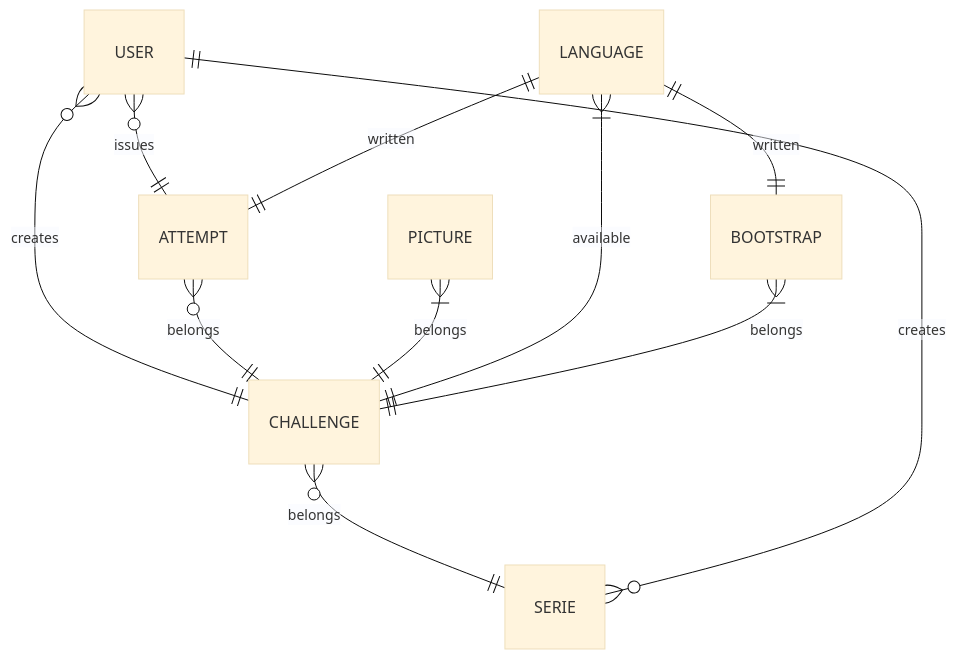
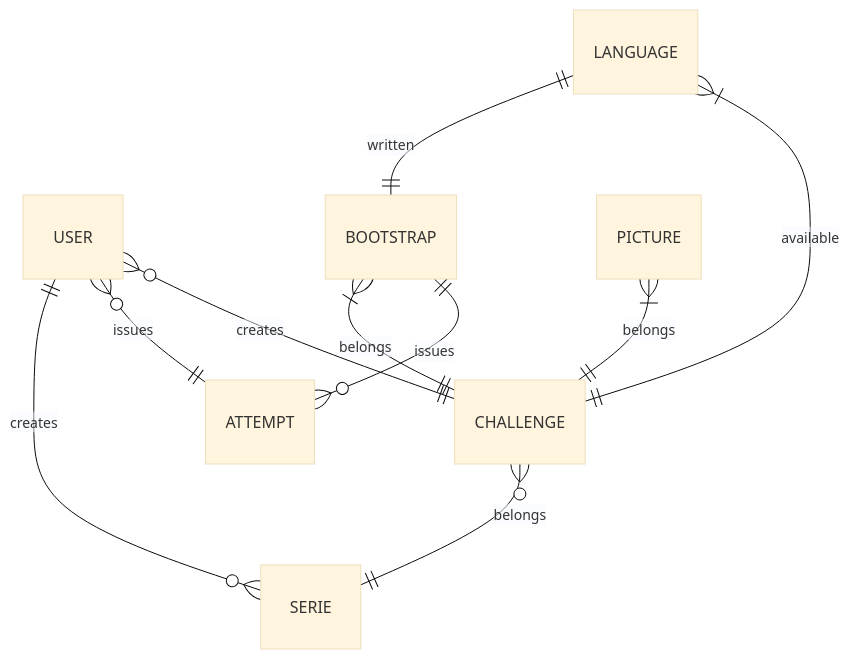
The diagram in README.md (pattern-finder/api), drawn with Mermaid (base theme) before and after one commit. The commit also changed 9 other files, not shown here.

````diff
--- a/README.md
+++ b/README.md
@@ -57,13 +57,12 @@
 ```mermaid
 erDiagram
     USER }o--||CHALLENGE : creates
     USER }o--|| ATTEMPT : issues
-    ATTEMPT }o--|| CHALLENGE : belongs
+    BOOTSTRAP ||--o{ ATTEMPT : issues
     SERIE }o--|| USER : creates
     CHALLENGE }o--|| SERIE : belongs
     PICTURE }|--|| CHALLENGE : belongs
-    LANGUAGE ||--|| ATTEMPT : written
     LANGUAGE }|--|| CHALLENGE : available
     LANGUAGE ||--|| BOOTSTRAP : written
     BOOTSTRAP }|--||CHALLENGE : belongs
 ```
````
